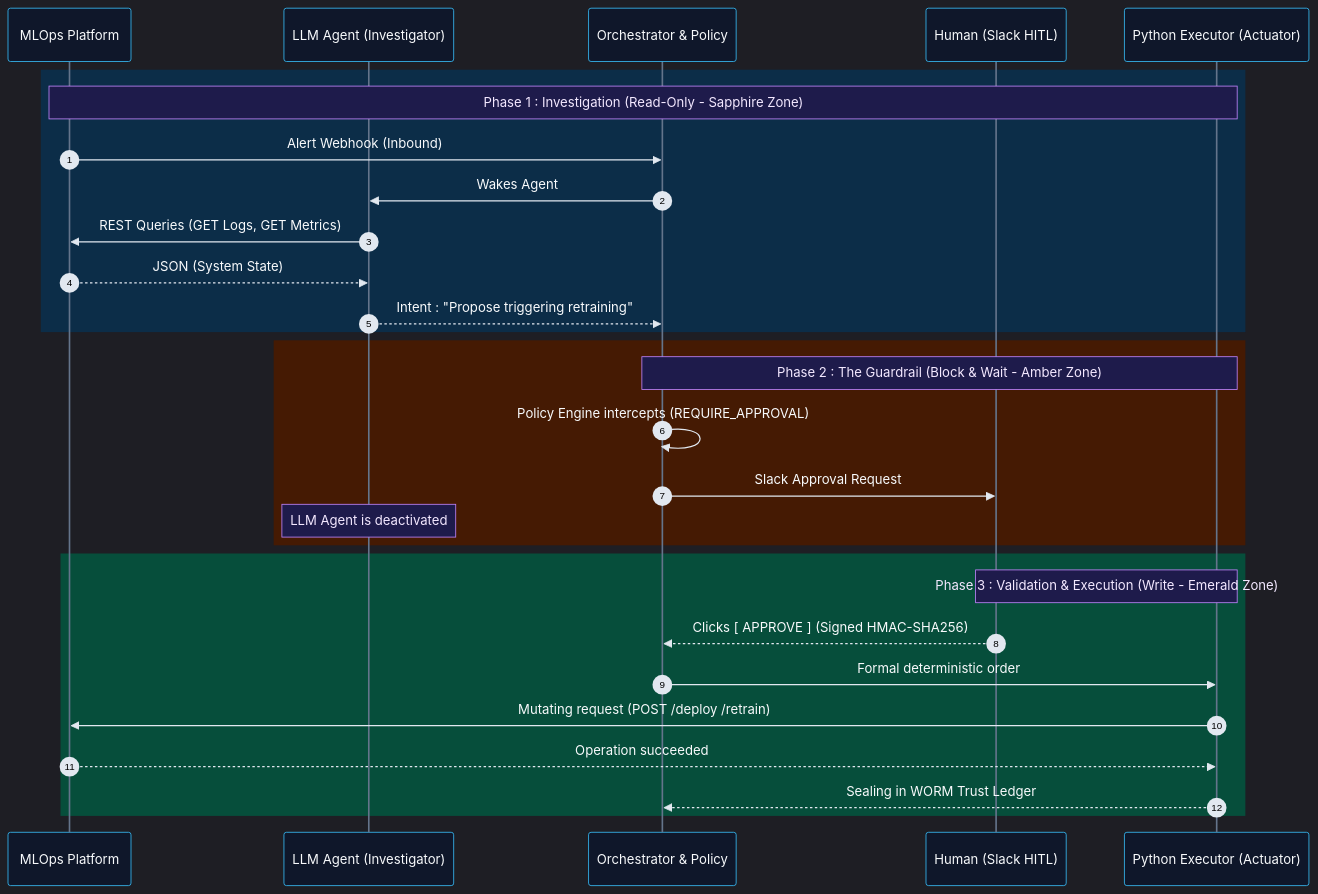
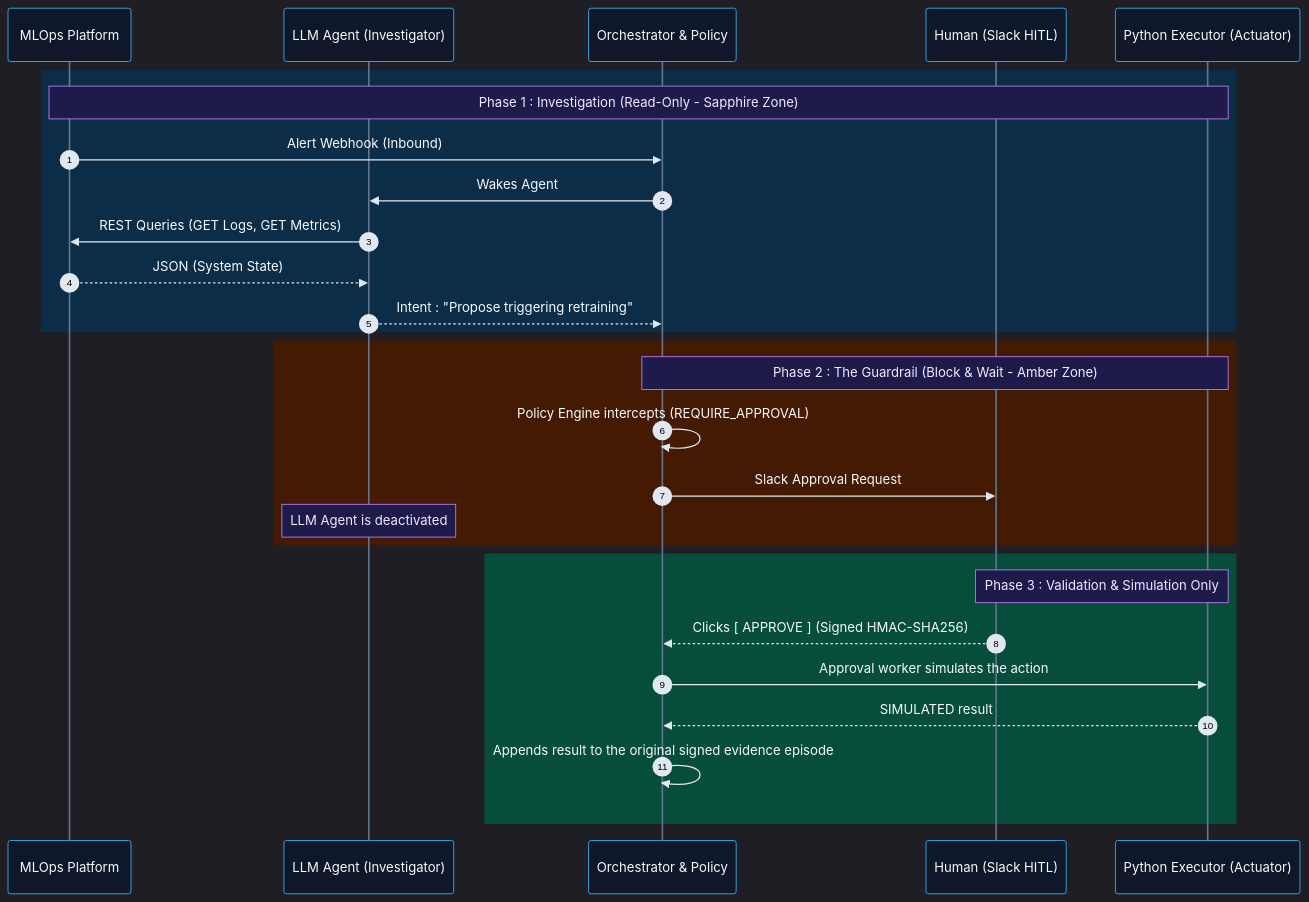
Before and after one commit to nolll77/agentic-ops: the second of 3 diagrams in README.md, drawn with Mermaid. The commit also changed other lines of this file and 30 other files, not shown here.

````diff
--- a/README.md
+++ b/README.md
@@ -668,35 +668,34 @@
 ```mermaid
 %%{init: {'theme': 'dark', 'themeVariables': {'actorBkg': '#0f172a', 'actorBorder': '#38bdf8', 'actorTextColor': '#f8fafc', 'actorLineColor': '#64748b', 'signalColor': '#e2e8f0', 'signalTextColor': '#f8fafc', 'noteBkgColor': '#1e1b4b', 'noteBorderColor': '#c084fc', 'noteTextColor': '#f3e8ff', 'activationBkgColor': '#334155', 'activationBorderColor': '#38bdf8'}}}%%
 sequenceDiagram
     autonumber
     participant Platform as MLOps Platform
     participant Agent as LLM Agent (Investigator)
     participant FSM as Orchestrator & Policy
     participant Human as Human (Slack HITL)
     participant Exec as Python Executor (Actuator)
 
     rect rgb(12, 45, 72)
     Note over Platform, Exec: Phase 1 : Investigation (Read-Only - Sapphire Zone)
     Platform->>FSM: Alert Webhook (Inbound)
     FSM->>Agent: Wakes Agent
     Agent->>Platform: REST Queries (GET Logs, GET Metrics)
     Platform-->>Agent: JSON (System State)
     Agent-->>FSM: Intent : "Propose triggering retraining"
     end
 
     rect rgb(69, 26, 3)
     Note over FSM, Exec: Phase 2 : The Guardrail (Block & Wait - Amber Zone)
     FSM->>FSM: Policy Engine intercepts (REQUIRE_APPROVAL)
     FSM->>Human: Slack Approval Request
     Note over Agent: LLM Agent is deactivated
     end
     
     rect rgb(6, 78, 59)
-    Note over Human, Exec: Phase 3 : Validation & Execution (Write - Emerald Zone)
+    Note over Human, Exec: Phase 3 : Validation & Simulation Only
     Human-->>FSM: Clicks [ APPROVE ] (Signed HMAC-SHA256)
-    FSM->>Exec: Formal deterministic order
-    Exec->>Platform: Mutating request (POST /deploy /retrain)
-    Platform-->>Exec: Operation succeeded
-    Exec-->>FSM: Sealing in WORM Trust Ledger
+    FSM->>Exec: Approval worker simulates the action
+    Exec-->>FSM: SIMULATED result
+    FSM->>FSM: Appends result to the original signed evidence episode
     end
 ```
````
